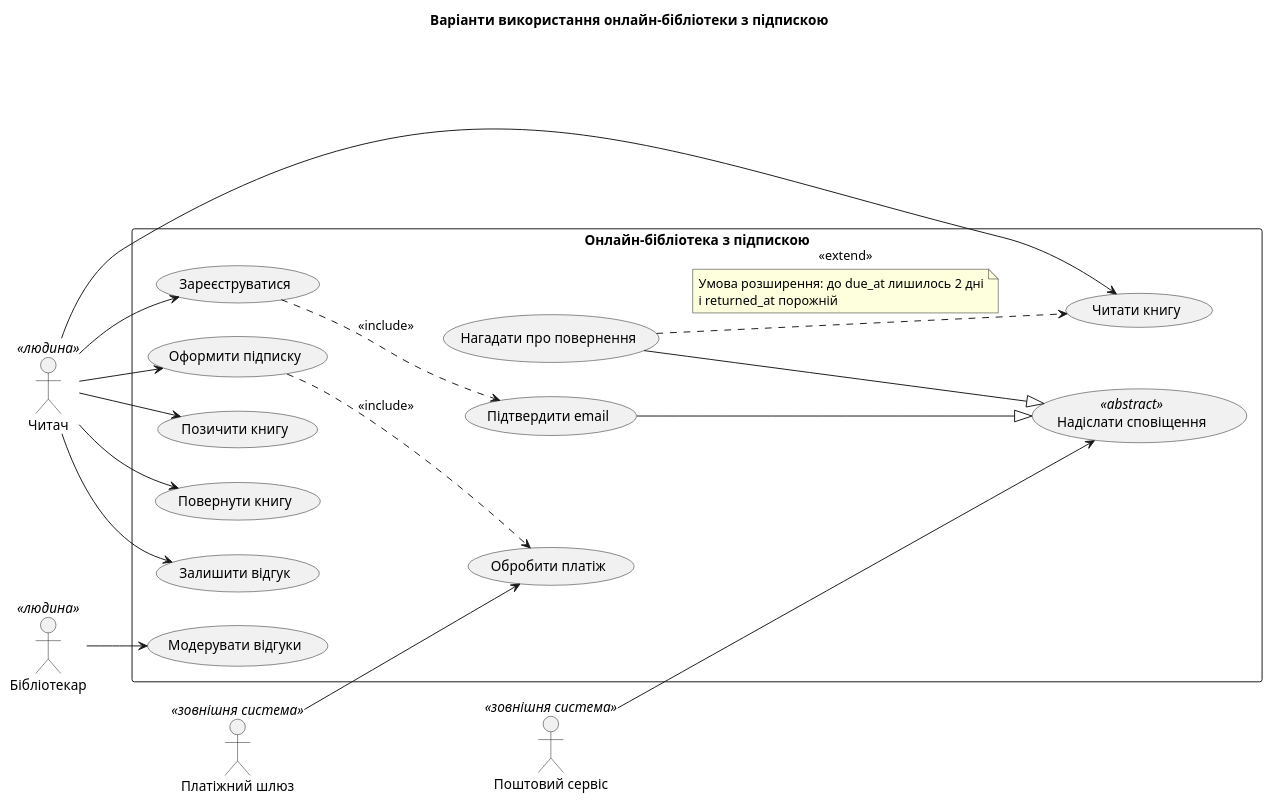
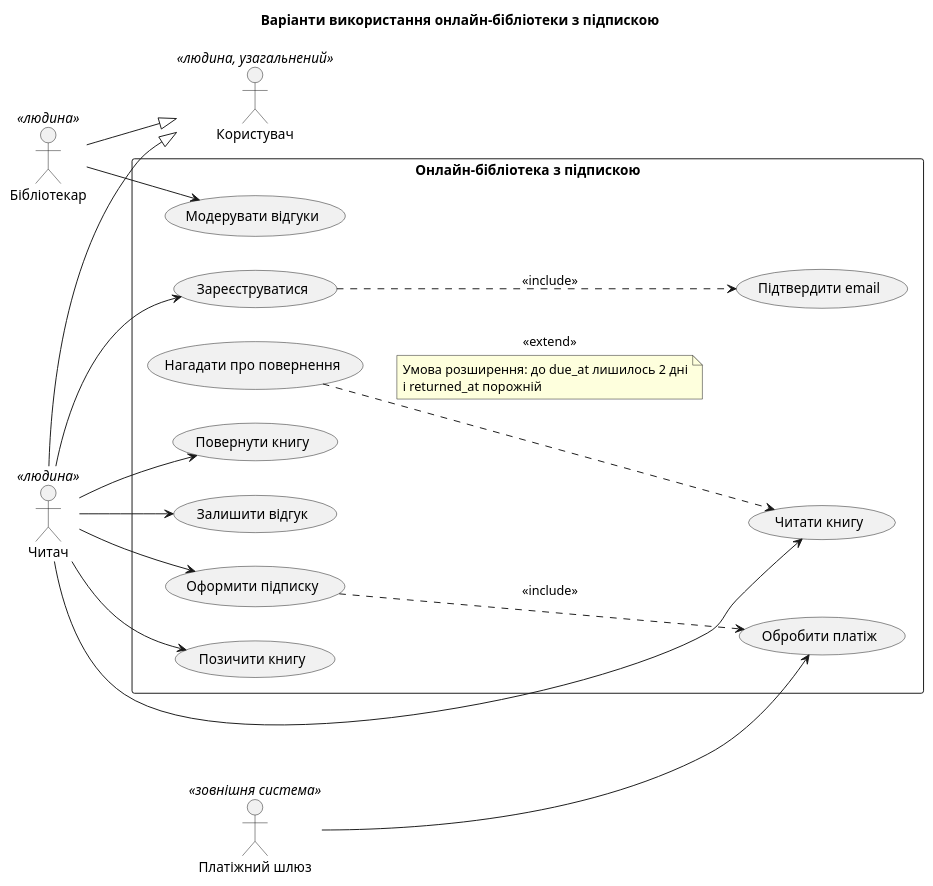
One commit to sanyalovemoney/KPI_labs changed the diagram in Labs/lab2-usecases/model/usecase.puml. Above: the diagram before and after it, drawn with PlantUML. The commit also changed 1 other file, not shown here.

Commit message:
lab2: модель v2 - без пошти, узагальнення акторів

```diff
--- a/Labs/lab2-usecases/model/usecase.puml
+++ b/Labs/lab2-usecases/model/usecase.puml
@@ -1,53 +1,51 @@
 @startuml usecase
 left to right direction
 skinparam packageStyle rectangle
 
 title Варіанти використання онлайн-бібліотеки з підпискою
 
+actor "Користувач" as user <<людина, узагальнений>>
 actor "Читач" as reader <<людина>>
 actor "Бібліотекар" as librarian <<людина>>
 actor "Платіжний шлюз" as gateway <<зовнішня система>>
-actor "Поштовий сервіс" as mailer <<зовнішня система>>
+
+' Узагальнення акторів: обидві людські ролі мають обліковий запис User
+reader --|> user
+librarian --|> user
 
 rectangle "Онлайн-бібліотека з підпискою" {
   usecase "Зареєструватися" as UC01
   usecase "Підтвердити email" as UC02
   usecase "Оформити підписку" as UC03
   usecase "Обробити платіж" as UC04
   usecase "Позичити книгу" as UC05
   usecase "Читати книгу" as UC06
   usecase "Нагадати про повернення" as UC07
   usecase "Повернути книгу" as UC08
   usecase "Залишити відгук" as UC09
   usecase "Модерувати відгуки" as UC10
-  usecase "Надіслати сповіщення" as UC11 <<abstract>>
 }
 
-' Читач і Бібліотекар — люди, вони ініціюють власні цілі
+' Читач і Бібліотекар ініціюють власні цілі
 reader --> UC01
 reader --> UC03
 reader --> UC05
 reader --> UC06
 reader --> UC08
 reader --> UC09
 librarian --> UC10
 
-' Зовнішні системи обслуговують платіж і сповіщення
+' Платіжний шлюз — єдина зовнішня система на діаграмі
 gateway --> UC04
-mailer --> UC11
 
 ' Реєстрація завжди включає підтвердження email
 UC01 ..> UC02 : <<include>>
 ' Підписка не оформлюється без обробки платежу шлюзом
 UC03 ..> UC04 : <<include>>
 ' Нагадування — умовне розширення читання, а не обов'язковий крок
 UC07 ..> UC06 : <<extend>>
 note on link
   Умова розширення: до due_at лишилось 2 дні
   і returned_at порожній
 end note
-
-' Узагальнення: підтвердження email і нагадування — підтипи сповіщення
-UC02 --|> UC11
-UC07 --|> UC11
 @enduml
```
